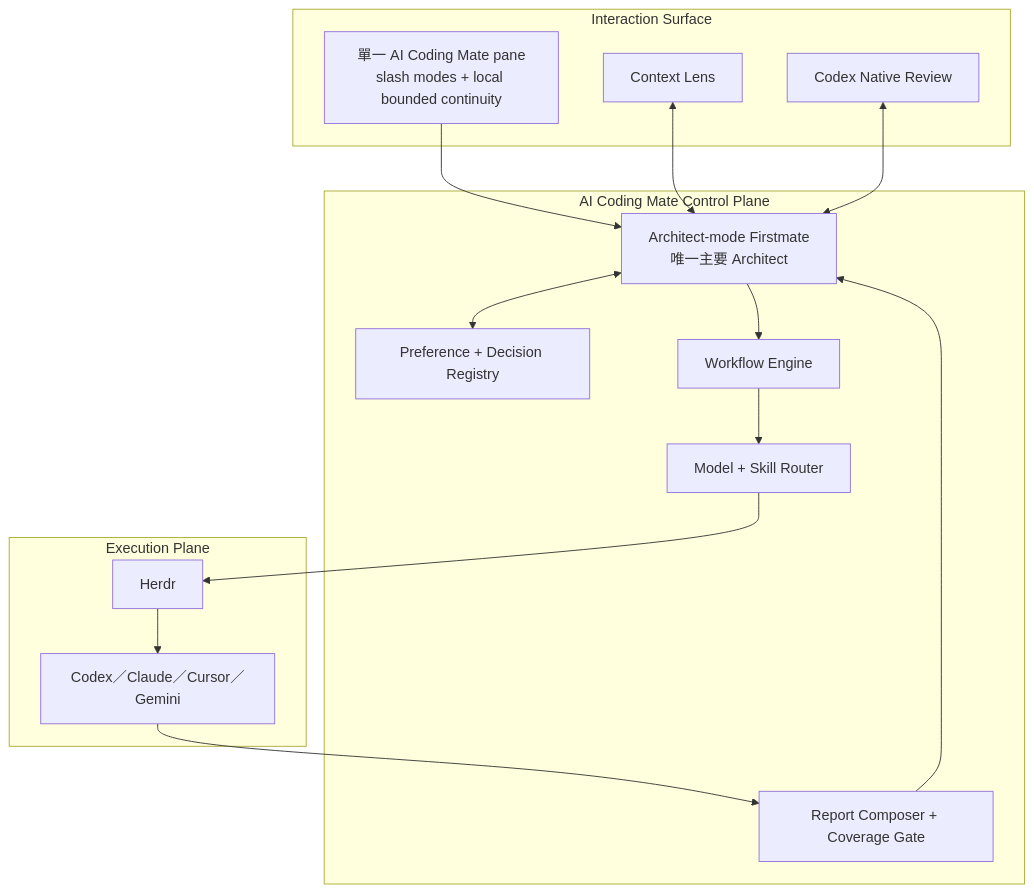
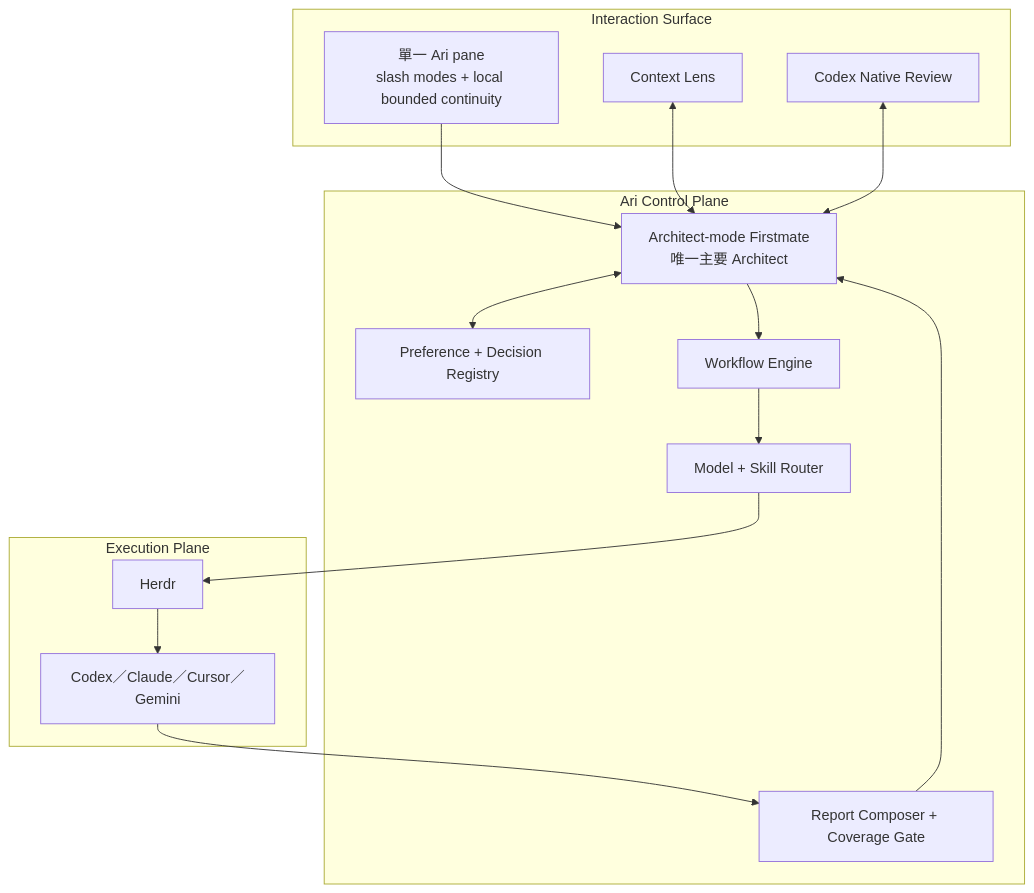
One commit to lunhsiangyuan/aicoding-mate changed the first of 6 diagrams in docs/ARCHITECTURE.md. Above: the diagram before and after it, drawn with Mermaid. The commit also changed other lines of this file and 15 other files, not shown here.

First line of the commit message:
chore: rename AI Coding Mate to Ari

````diff
--- a/docs/ARCHITECTURE.md
+++ b/docs/ARCHITECTURE.md
@@ -7,32 +7,32 @@
 ```mermaid
 flowchart TB
     subgraph UX["Interaction Surface"]
-        MAIN["單一 AI Coding Mate pane<br/>slash modes + local bounded continuity"]
+        MAIN["單一 Ari pane<br/>slash modes + local bounded continuity"]
         LENS["Context Lens"]
         CR["Codex Native Review"]
     end
 
-    subgraph CONTROL["AI Coding Mate Control Plane"]
+    subgraph CONTROL["Ari Control Plane"]
         ARCH["Architect-mode Firstmate<br/>唯一主要 Architect"]
         PREF["Preference + Decision Registry"]
         FLOW["Workflow Engine"]
         ROUTER["Model + Skill Router"]
         REPORT["Report Composer + Coverage Gate"]
     end
 
     subgraph EXEC["Execution Plane"]
         HERDR["Herdr"]
         WORKERS["Codex／Claude／Cursor／Gemini"]
     end
 
     MAIN --> ARCH
     LENS <--> ARCH
     CR <--> ARCH
     ARCH <--> PREF
     ARCH --> FLOW
     FLOW --> ROUTER
     ROUTER --> HERDR
     HERDR --> WORKERS
     WORKERS --> REPORT
     REPORT --> ARCH
 ```
````
